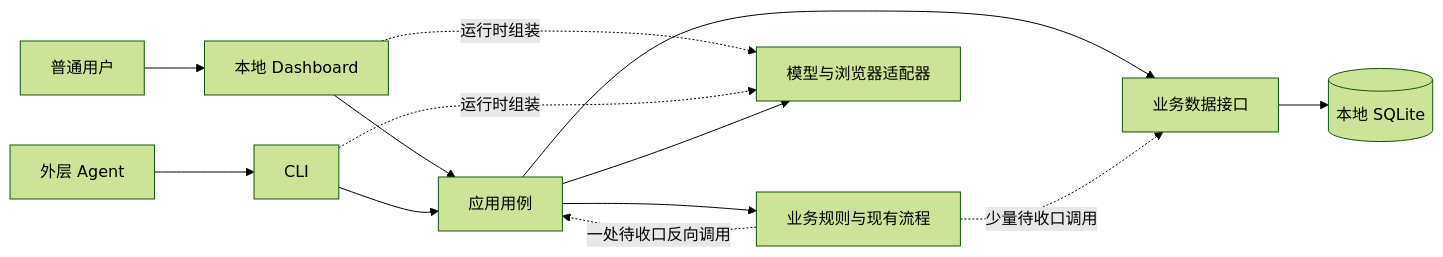
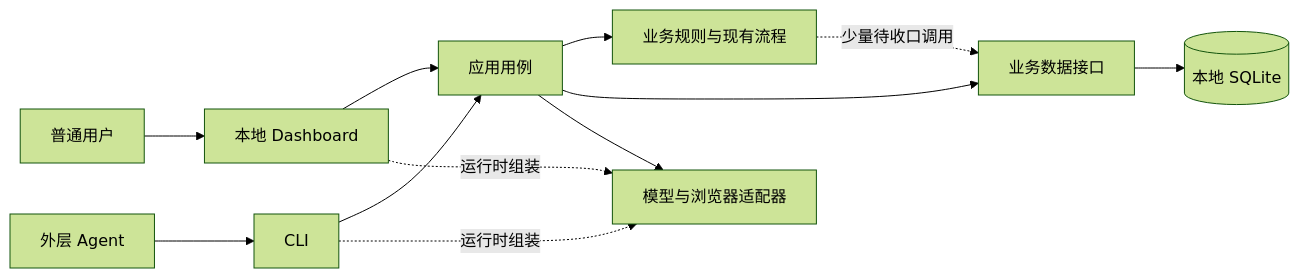
The diagram in docs/architecture.md (daydreamer0213/OfferGo), drawn with Mermaid (forest theme) before and after one commit. The commit also changed other lines of this file and 4 other files, not shown here.

````diff
--- a/docs/architecture.md
+++ b/docs/architecture.md
@@ -9,15 +9,14 @@
 ```mermaid
 flowchart LR
   U[普通用户] --> D[本地 Dashboard]
   A[外层 Agent] --> C[CLI]
   D --> AP[应用用例]
   C --> AP
   AP --> CO[业务规则与现有流程]
   AP --> ST[业务数据接口]
   ST --> DB[(本地 SQLite)]
   D -.运行时组装.-> AD[模型与浏览器适配器]
   C -.运行时组装.-> AD
   AP --> AD
   CO -.少量待收口调用.-> ST
-  CO -.一处待收口反向调用.-> AP
 ```
````
